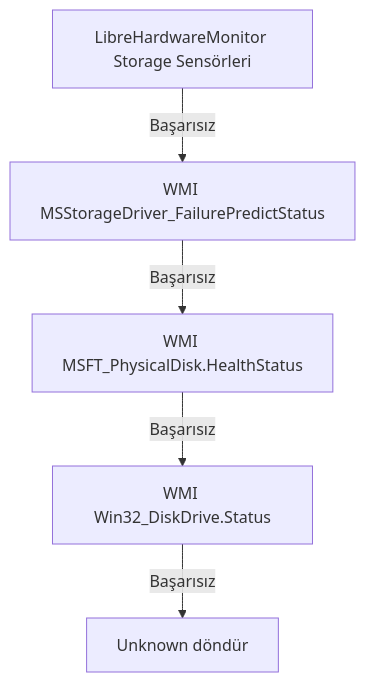
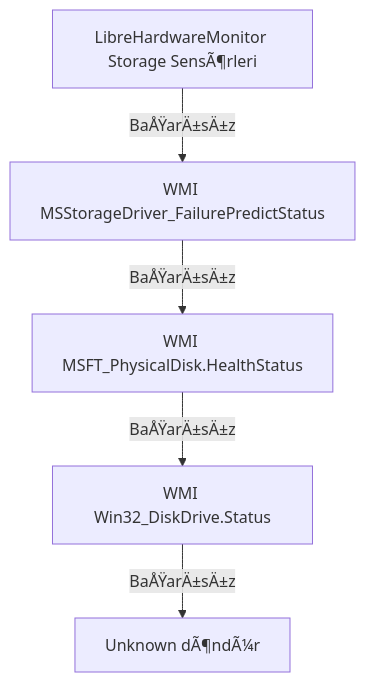
Before and after one commit to siklone/RegProbe: the fifth of 7 diagrams in Docs/ARCHITECTURE_DEEP_DIVE.md, drawn with Mermaid. The commit also changed other lines of this file and 66 other files, not shown here.

````diff
--- a/Docs/ARCHITECTURE_DEEP_DIVE.md
+++ b/Docs/ARCHITECTURE_DEEP_DIVE.md
@@ -129,7 +129,7 @@
 ```mermaid
 graph TD
-    A[LibreHardwareMonitor Storage Sensörleri] -->|Başarısız| B[WMI MSStorageDriver_FailurePredictStatus]
-    B -->|Başarısız| C[WMI MSFT_PhysicalDisk.HealthStatus]
-    C -->|Başarısız| D[WMI Win32_DiskDrive.Status]
-    D -->|Başarısız| E["Unknown" döndür]
+    A[LibreHardwareMonitor Storage SensÃ¶rleri] -->|BaÅŸarÄ±sÄ±z| B[WMI MSStorageDriver_FailurePredictStatus]
+    B -->|BaÅŸarÄ±sÄ±z| C[WMI MSFT_PhysicalDisk.HealthStatus]
+    C -->|BaÅŸarÄ±sÄ±z| D[WMI Win32_DiskDrive.Status]
+    D -->|BaÅŸarÄ±sÄ±z| E["Unknown" dÃ¶ndÃ¼r]
 ```
````
